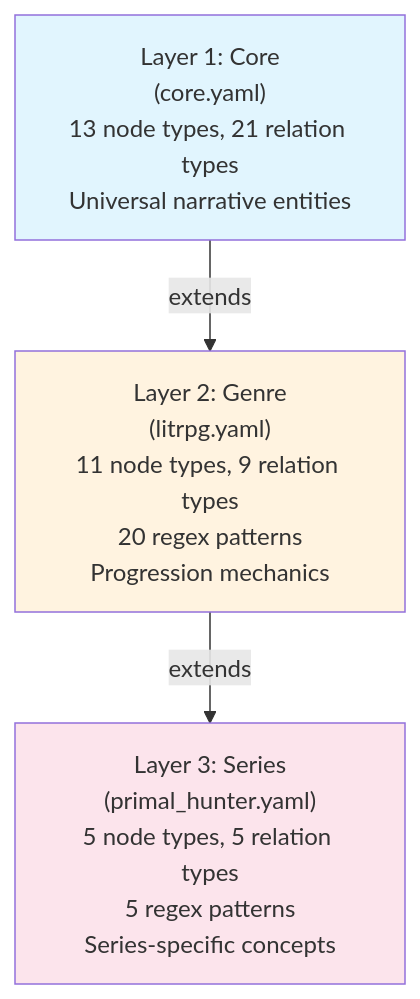
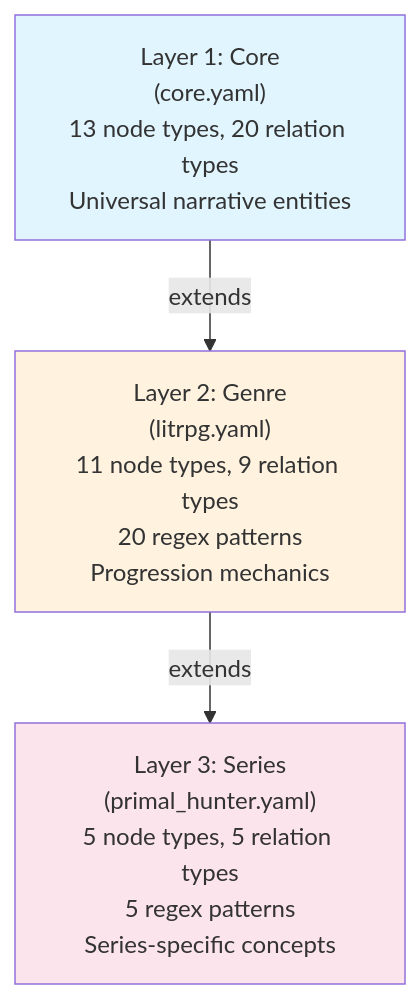
The second of 8 diagrams in docs/extraction-pipeline.md (xairon/WorldRAG), drawn with Mermaid before and after one commit. The commit also changed other lines of this file and 65 other files, not shown here.

First line of the commit message:
refactor: remove Graphiti, saga profiles, and 7.5K lines of dead code

````diff
--- a/docs/extraction-pipeline.md
+++ b/docs/extraction-pipeline.md
@@ -133,13 +132,13 @@
 ```mermaid
 flowchart TB
-    Core["Layer 1: Core<br/>(core.yaml)<br/>13 node types, 21 relation types<br/>Universal narrative entities"]
+    Core["Layer 1: Core<br/>(core.yaml)<br/>13 node types, 20 relation types<br/>Universal narrative entities"]
     Genre["Layer 2: Genre<br/>(litrpg.yaml)<br/>11 node types, 9 relation types<br/>20 regex patterns<br/>Progression mechanics"]
     Series["Layer 3: Series<br/>(primal_hunter.yaml)<br/>5 node types, 5 relation types<br/>5 regex patterns<br/>Series-specific concepts"]
 
     Core -->|"extends"| Genre
     Genre -->|"extends"| Series
 
     style Core fill:#e1f5fe
     style Genre fill:#fff3e0
     style Series fill:#fce4ec
 ```
````
